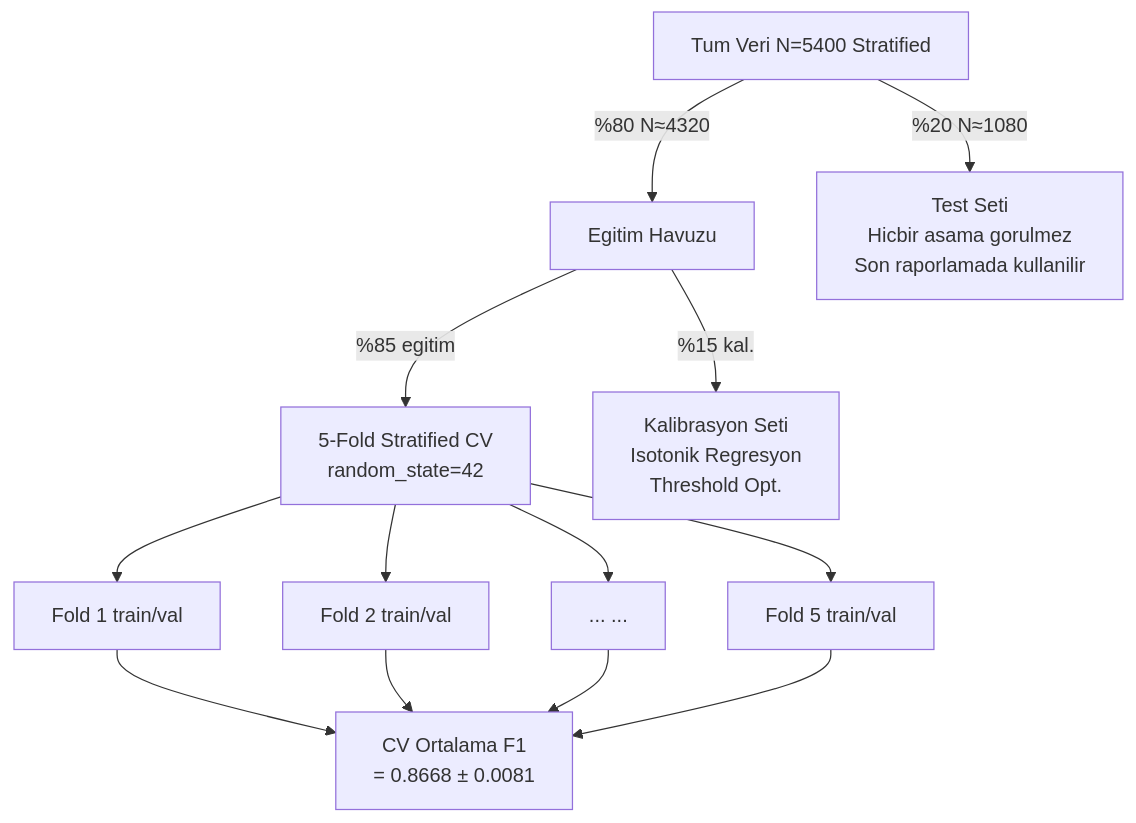
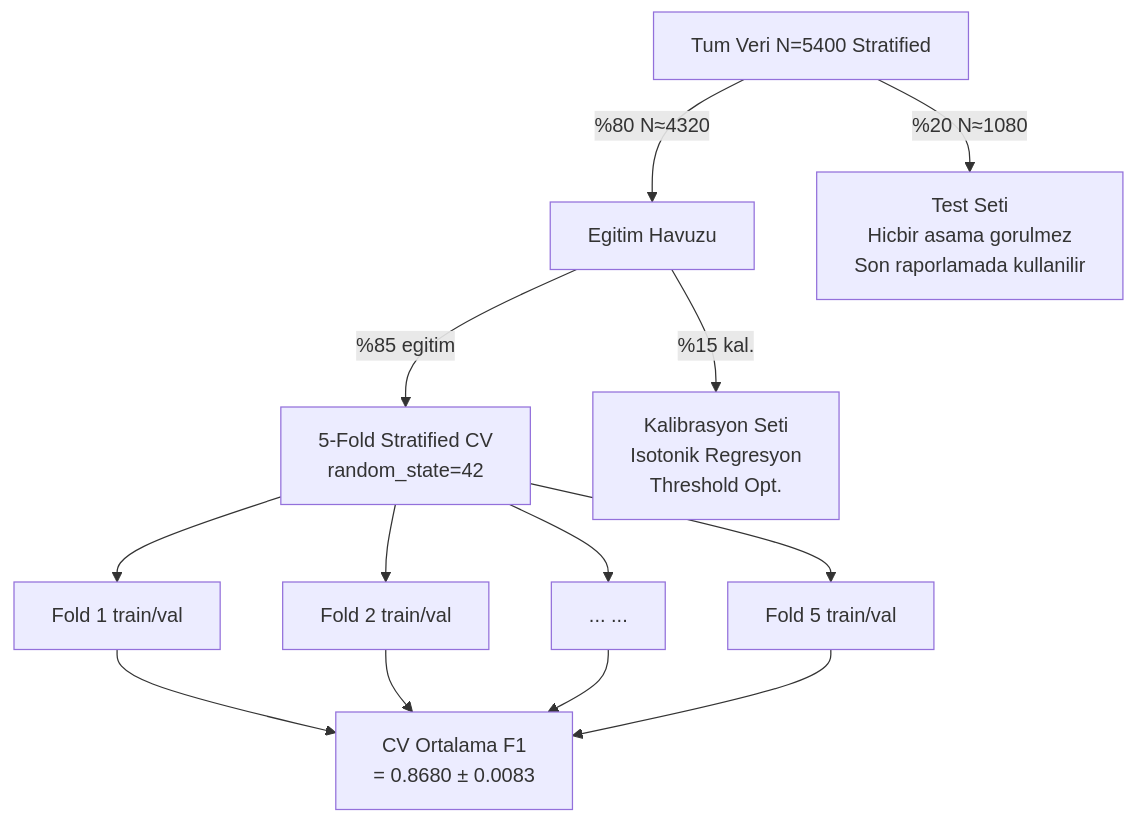
Diagram 11 of 16 in README.md (msgxr/VARIANT-GNN), drawn with Mermaid before and after one commit. The commit also changed other lines of this file and 38 other files, not shown here.

````diff
--- a/README.md
+++ b/README.md
@@ -492,20 +493,20 @@
 ```mermaid
 flowchart TD
     ALL["Tum Veri  N=5400  Stratified"]
 
     ALL -- "%80  N≈4320" --> TRAIN["Egitim Havuzu"]
     ALL -- "%20  N≈1080" --> TEST["Test Seti\nHicbir asama gorulmez\nSon raporlamada kullanilir"]
 
     TRAIN -- "%85 egitim" --> CV["5-Fold Stratified CV\nrandom_state=42"]
     TRAIN -- "%15 kal." --> CAL["Kalibrasyon Seti\nIsotonik Regresyon\nThreshold Opt."]
 
     CV --> F1["Fold 1  train/val"]
     CV --> F2["Fold 2  train/val"]
     CV --> F3["...  ..."]
     CV --> F5["Fold 5  train/val"]
 
-    F1 --> AVG["CV Ortalama F1\n= 0.8668 ± 0.0081"]
+    F1 --> AVG["CV Ortalama F1\n= 0.8680 ± 0.0083"]
     F2 --> AVG
     F3 --> AVG
     F5 --> AVG
 ```
````
